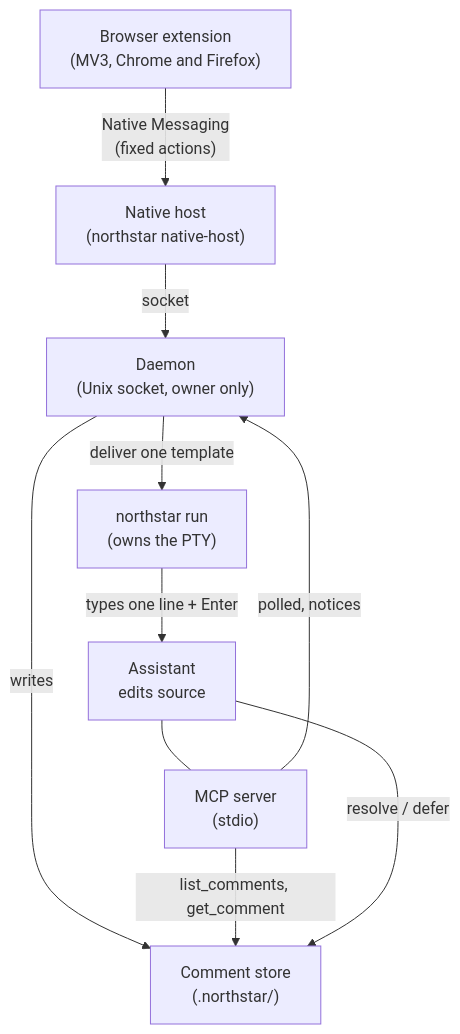
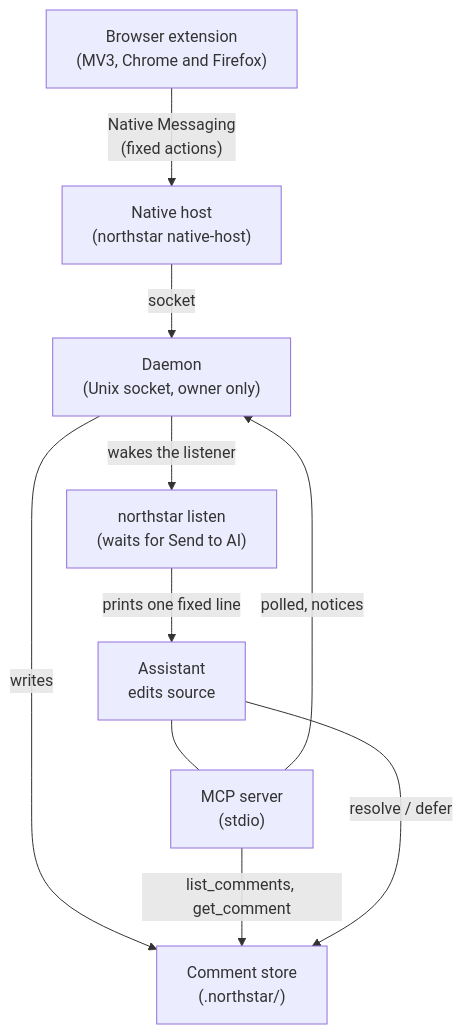
Before and after one commit to pallandir/northstar: the diagram in README.md, drawn with Mermaid. The commit also changed other lines of this file and 31 other files, not shown here.

````diff
--- a/README.md
+++ b/README.md
@@ -356,20 +350,20 @@
 ```mermaid
 flowchart TD
     A["Browser extension\n(MV3, Chrome and Firefox)"]
     H["Native host\n(northstar native-host)"]
     D["Daemon\n(Unix socket, owner only)"]
     C["Comment store\n(.northstar/)"]
-    W["northstar run\n(owns the PTY)"]
+    W["northstar listen\n(waits for Send to AI)"]
     E["Assistant\nedits source"]
     M["MCP server\n(stdio)"]
 
     A -- "Native Messaging\n(fixed actions)" --> H
     H -- "socket" --> D
     D -- "writes" --> C
-    D -- "deliver one template" --> W
-    W -- "types one line + Enter" --> E
+    D -- "wakes the listener" --> W
+    W -- "prints one fixed line" --> E
     E --- M
     M -- "list_comments, get_comment" --> C
     M -- "polled, notices" --> D
     E -- "resolve / defer" --> C
 ```
````
